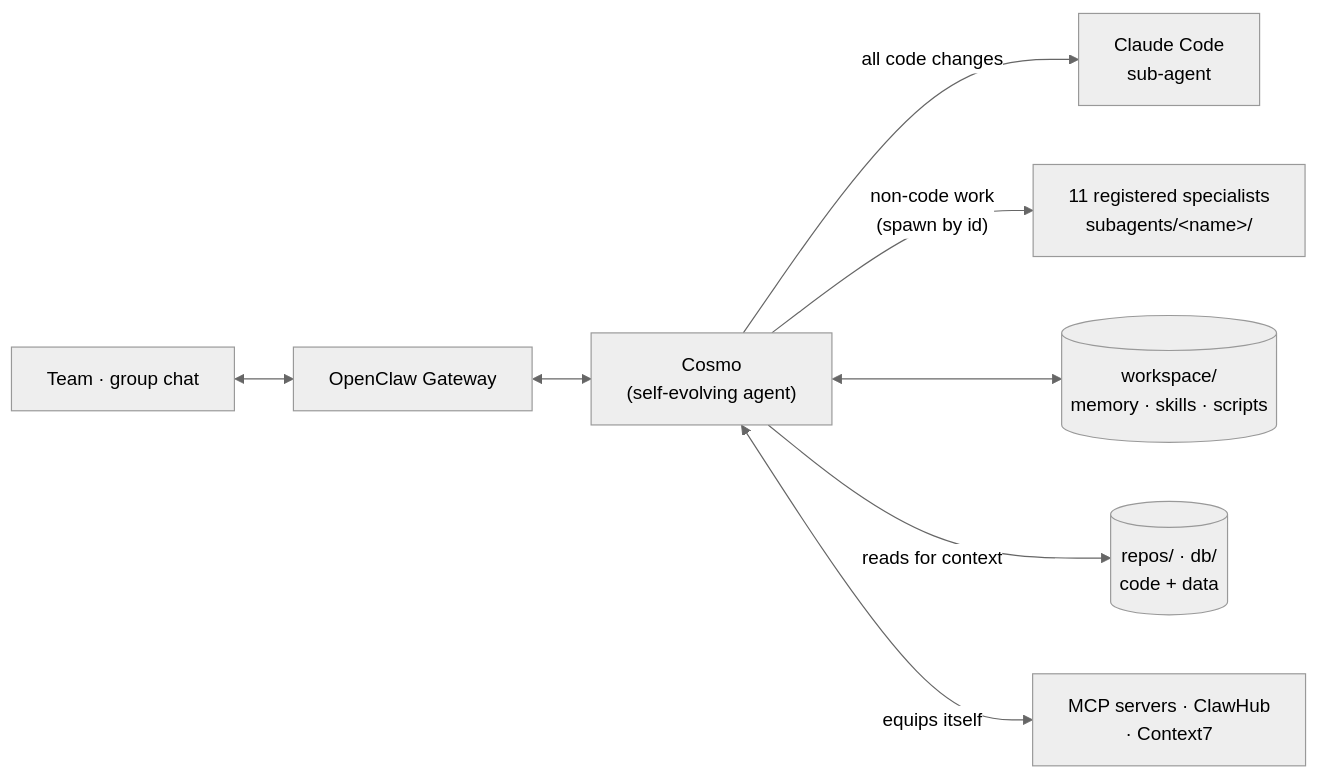
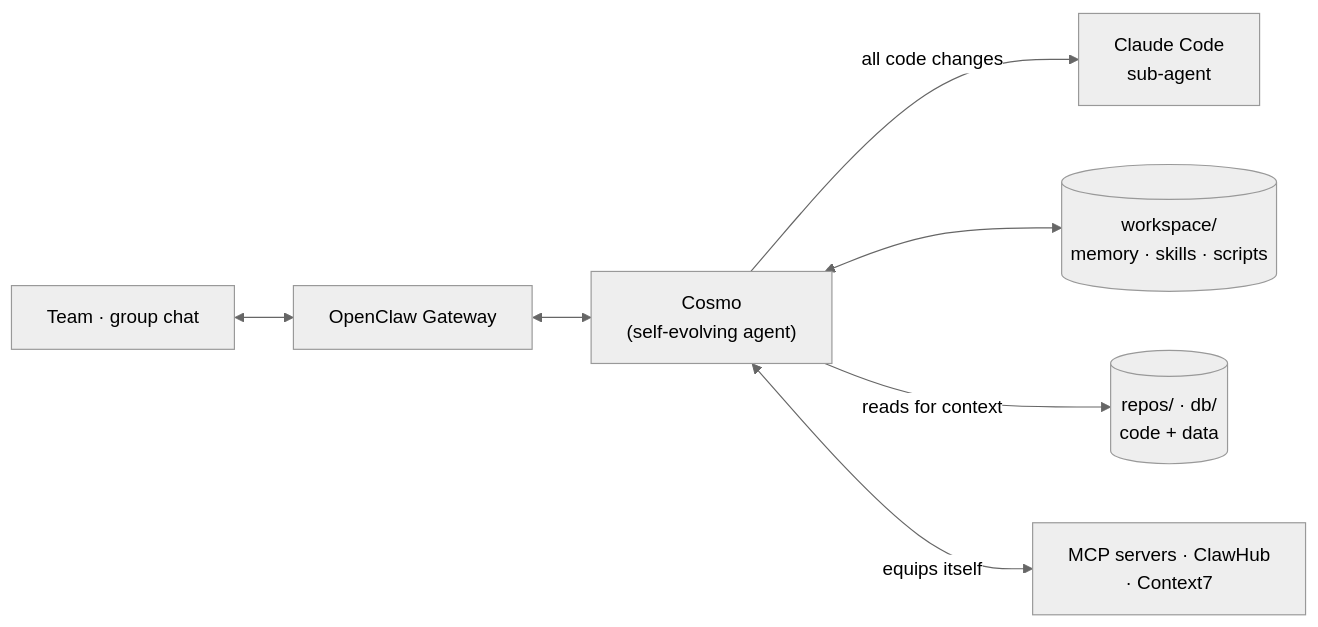
Before and after one commit to Atrv-Shrn/Cosmo-Openclaw: the first of 4 diagrams in README.md, drawn with Mermaid (neutral theme). The commit also changed other lines of this file, not shown here.

````diff
--- a/README.md
+++ b/README.md
@@ -20,10 +18,9 @@
 ```mermaid
 flowchart LR
     Team["Team · group chat"] <--> GW["OpenClaw Gateway"]
     GW <--> Agent["Cosmo<br/>(self-evolving agent)"]
     Agent -->|"all code changes"| CC["Claude Code<br/>sub-agent"]
-    Agent -->|"non-code work<br/>(spawn by id)"| Roster["11 registered specialists<br/>subagents/&lt;name&gt;/"]
     Agent <--> WS[("workspace/<br/>memory · skills · scripts")]
     Agent -->|"reads for context"| Ctx[("repos/ · db/<br/>code + data")]
     Agent <-->|"equips itself"| Ext["MCP servers · ClawHub<br/>· Context7"]
 ```
````
